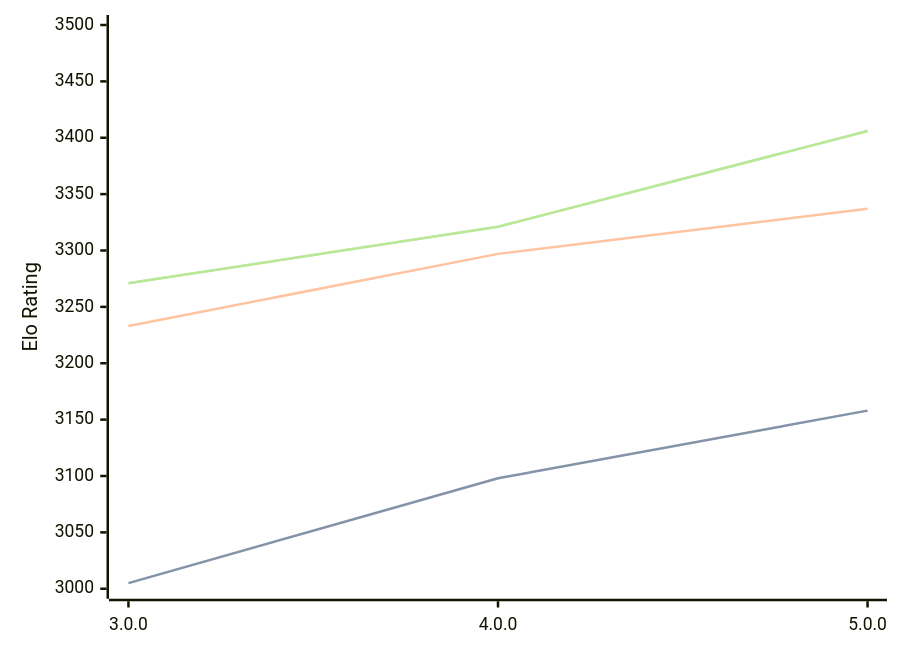
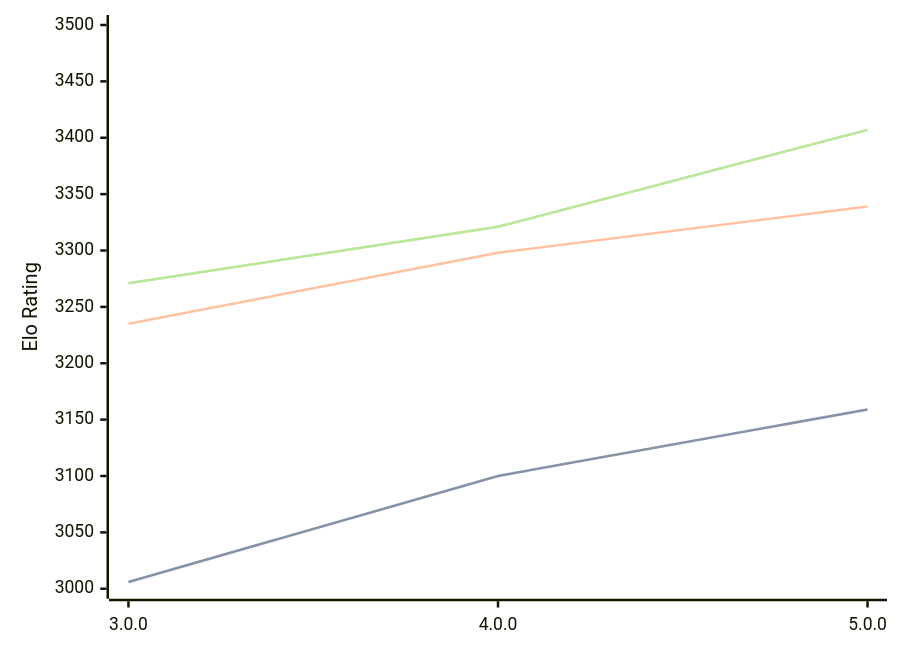
The diagram in engines/Minke.md (computer-chess-index/cci), drawn with Mermaid before and after one commit. The commit also changed other lines of this file, not shown here.

Commit message:
Update CCI Ratings (ELO VLTC) - 2026-03-28

````diff
--- a/engines/Minke.md
+++ b/engines/Minke.md
@@ -35,11 +35,11 @@
 ```mermaid
 %%{init: {"theme":"base","themeVariables":{"seriesColors:['#a3a3a3','#222221','#faa371']}}}%%
 xychart-beta
   x-axis ["3.0.0", "4.0.0", "5.0.0"]
   y-axis "Elo Rating" 3000 --> 3500
-  line "STC (8.0+0.08s)" [3005, 3098, 3158]
-  line "STC (8.0+0.08s)" [3005, 3098, 3158]
-  line "LTC (60.0+0.60s)" [3233, 3297, 3337]
-  line "VLTC (2m24s+1.12s)" [3271, 3321, 3406]
-  line "VLTC (2m24s+1.12s)" [3271, 3321, 3406]
+  line "STC (8.0+0.08s)" [3006, 3100, 3159]
+  line "STC (8.0+0.08s)" [3006, 3100, 3159]
+  line "LTC (60.0+0.60s)" [3235, 3298, 3339]
+  line "VLTC (2m24s+1.12s)" [3271, 3321, 3407]
+  line "VLTC (2m24s+1.12s)" [3271, 3321, 3407]
 ```
````
